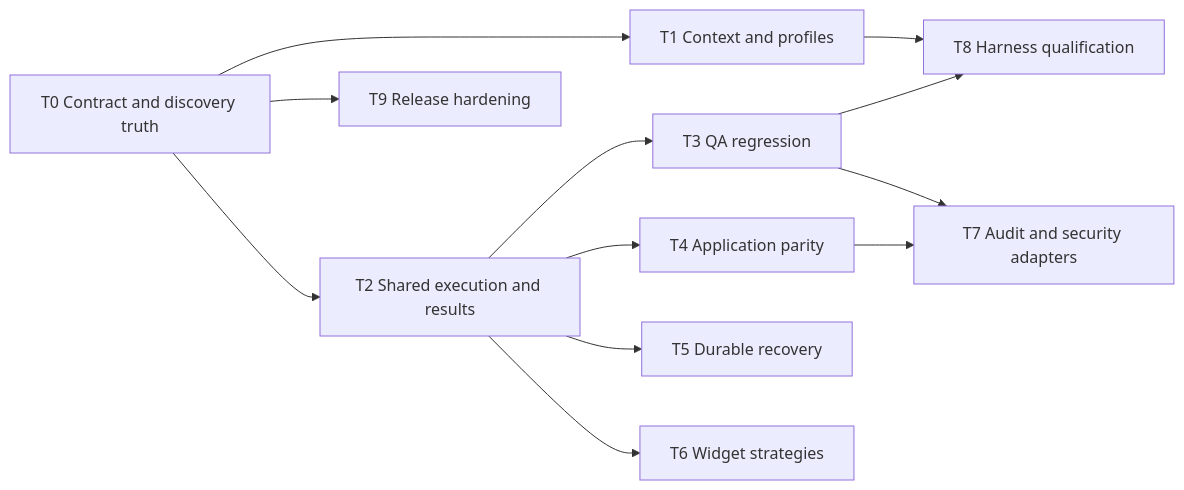
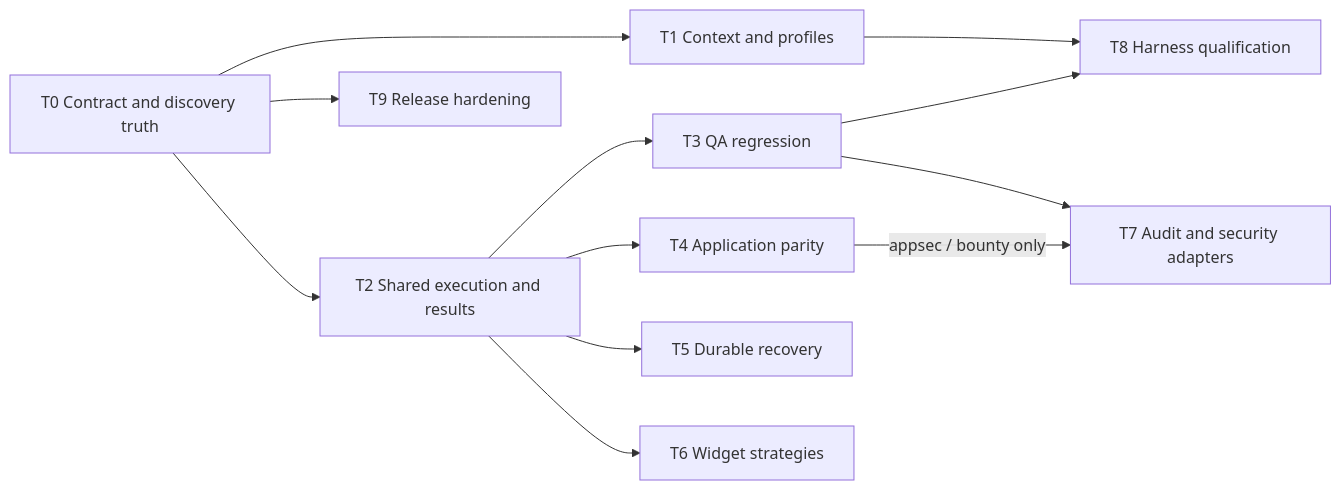
The diagram in docs/spec/delivery.md (anvai-labs/agentbrowser), drawn with Mermaid before and after one commit. The commit also changed other lines of this file and 26 other files, not shown here.

````diff
--- a/docs/spec/delivery.md
+++ b/docs/spec/delivery.md
@@ -34,14 +34,14 @@
 ```mermaid
 flowchart LR
   T0[T0 Contract and discovery truth] --> T1[T1 Context and profiles]
   T0 --> T2[T2 Shared execution and results]
   T2 --> T3[T3 QA regression]
   T2 --> T4[T4 Application parity]
   T2 --> T5[T5 Durable recovery]
   T2 --> T6[T6 Widget strategies]
   T3 --> T7[T7 Audit and security adapters]
-  T4 --> T7
+  T4 -->|appsec / bounty only| T7
   T1 --> T8[T8 Harness qualification]
   T3 --> T8
   T0 --> T9[T9 Release hardening]
 ```
````
